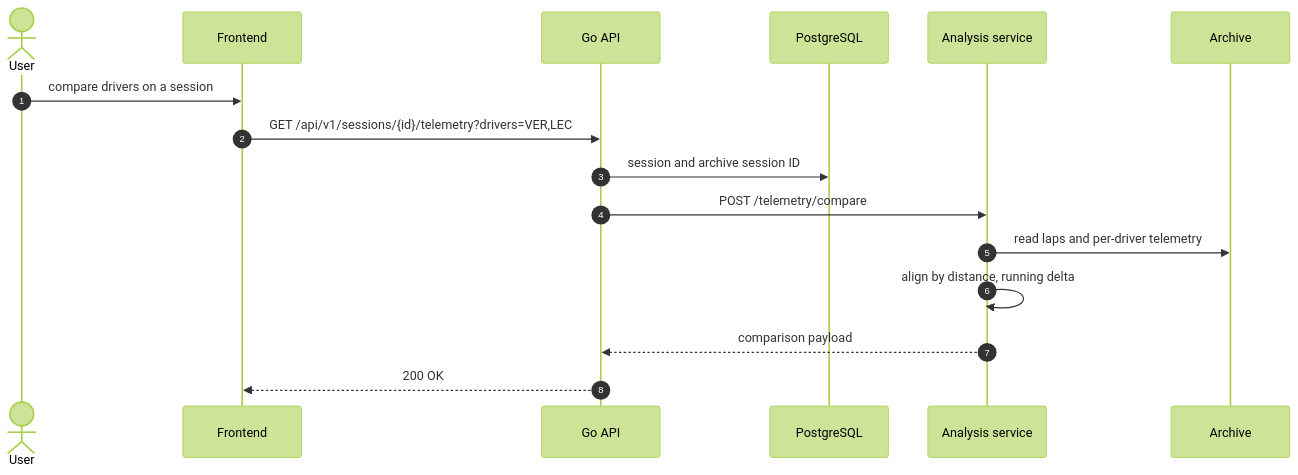
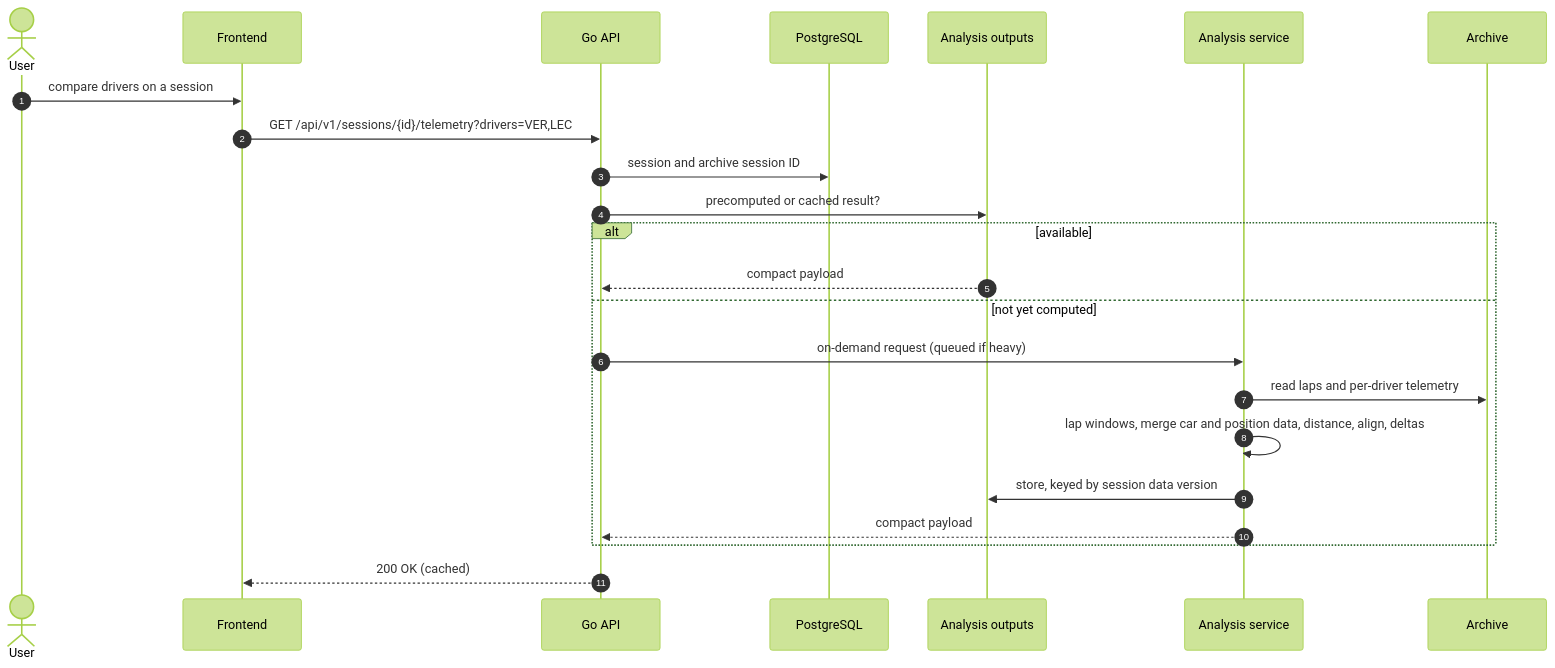
One commit to adityapandeydev/F1Stratagem changed the eighth of 11 diagrams in Architecture.md. Above: the diagram before and after it, drawn with Mermaid (forest theme). The commit also changed other lines of this file, not shown here.

First line of the commit message:
docs: archive access through the Rust analysis service, precompute plus on demand, single-VPS deployment

````diff
--- a/Architecture.md
+++ b/Architecture.md
@@ -553,19 +593,26 @@
 ```mermaid
 sequenceDiagram
     autonumber
     actor User
     participant FE as Frontend
     participant API as Go API
     participant PG as PostgreSQL
+    participant Out as Analysis outputs
     participant AN as Analysis service
     participant Arc as Archive
 
     User->>FE: compare drivers on a session
     FE->>API: GET /api/v1/sessions/{id}/telemetry?drivers=VER,LEC
     API->>PG: session and archive session ID
-    API->>AN: POST /telemetry/compare
-    AN->>Arc: read laps and per-driver telemetry
-    AN->>AN: align by distance, running delta
-    AN-->>API: comparison payload
-    API-->>FE: 200 OK
+    API->>Out: precomputed or cached result?
+    alt available
+        Out-->>API: compact payload
+    else not yet computed
+        API->>AN: on-demand request (queued if heavy)
+        AN->>Arc: read laps and per-driver telemetry
+        AN->>AN: lap windows, merge car and position data, distance, align, deltas
+        AN->>Out: store, keyed by session data version
+        AN-->>API: compact payload
+    end
+    API-->>FE: 200 OK (cached)
 ```
````
